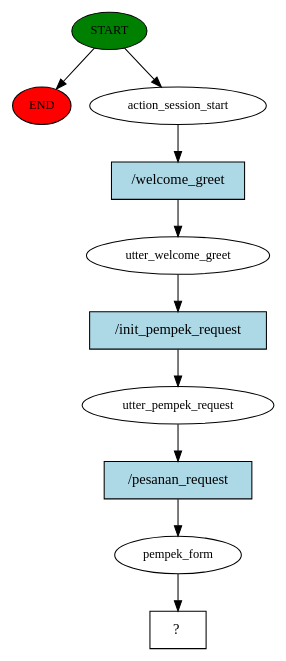
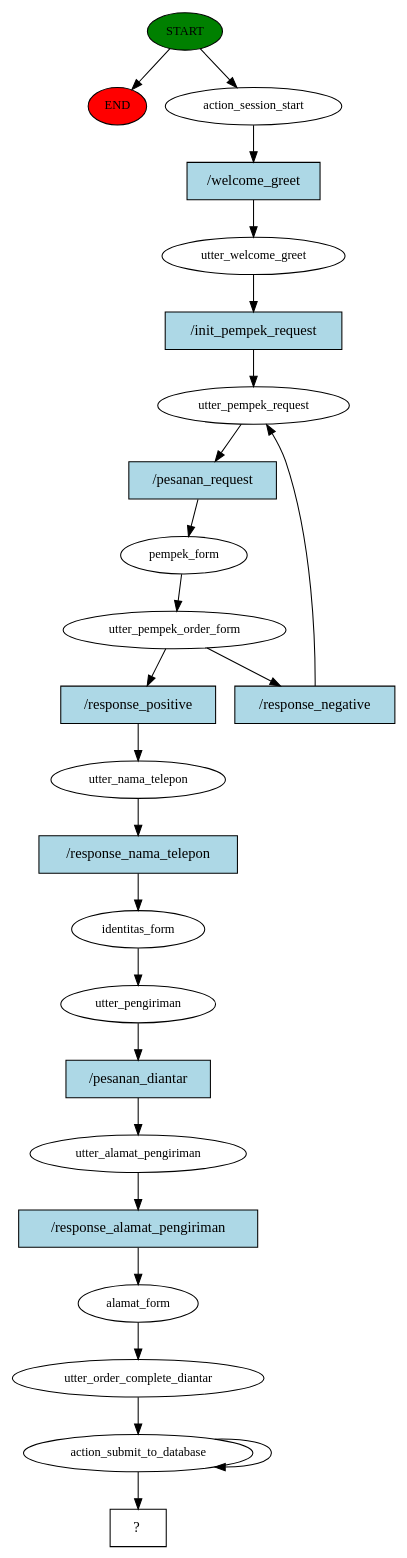
Before and after one commit to Four-Z/pempek-chatbot: the diagram in story_graph.dot, drawn with Graphviz. The commit also changed 323 other files, not shown here.

```diff
--- a/story_graph.dot
+++ b/story_graph.dot
@@ -1,21 +1,49 @@
 digraph  {
 0 [class="start active", fillcolor=green, fontsize=12, label=START, style=filled];
 "-1" [class=end, fillcolor=red, fontsize=12, label=END, style=filled];
 1 [class=active, fontsize=12, label=action_session_start];
 2 [class=active, fontsize=12, label=utter_welcome_greet];
 3 [class=active, fontsize=12, label=utter_pempek_request];
 4 [class=active, fontsize=12, label=pempek_form];
-5 [class="intent dashed active", label="  ?  ", shape=rect];
-6 [class="intent active", fillcolor=lightblue, label="/welcome_greet", shape=rect, style=filled];
-7 [class="intent active", fillcolor=lightblue, label="/init_pempek_request", shape=rect, style=filled];
-8 [class="intent active", fillcolor=lightblue, label="/pesanan_request", shape=rect, style=filled];
+5 [class=active, fontsize=12, label=utter_pempek_order_form];
+9 [class=active, fontsize=12, label=utter_nama_telepon];
+10 [class=active, fontsize=12, label=identitas_form];
+11 [class=active, fontsize=12, label=utter_pengiriman];
+12 [class=active, fontsize=12, label=utter_alamat_pengiriman];
+13 [class=active, fontsize=12, label=alamat_form];
+14 [class=active, fontsize=12, label=utter_order_complete_diantar];
+15 [class=active, fontsize=12, label=action_submit_to_database];
+17 [class="intent dashed active", label="  ?  ", shape=rect];
+18 [class="intent active", fillcolor=lightblue, label="/welcome_greet", shape=rect, style=filled];
+19 [class="intent active", fillcolor=lightblue, label="/init_pempek_request", shape=rect, style=filled];
+20 [class="intent active", fillcolor=lightblue, label="/pesanan_request", shape=rect, style=filled];
+21 [class="intent active", fillcolor=lightblue, label="/response_negative", shape=rect, style=filled];
+22 [class="intent active", fillcolor=lightblue, label="/response_positive", shape=rect, style=filled];
+23 [class="intent active", fillcolor=lightblue, label="/response_nama_telepon", shape=rect, style=filled];
+24 [class="intent active", fillcolor=lightblue, label="/pesanan_diantar", shape=rect, style=filled];
+25 [class="intent active", fillcolor=lightblue, label="/response_alamat_pengiriman", shape=rect, style=filled];
 0 -> "-1"  [class="", key=NONE, label=""];
 0 -> 1  [class=active, key=NONE, label=""];
-1 -> 6  [class=active, key=0];
-2 -> 7  [class=active, key=0];
-3 -> 8  [class=active, key=0];
+1 -> 18  [class=active, key=0];
+2 -> 19  [class=active, key=0];
+3 -> 20  [class=active, key=0];
 4 -> 5  [class=active, key=NONE, label=""];
-6 -> 2  [class=active, key=0];
-7 -> 3  [class=active, key=0];
-8 -> 4  [class=active, key=0];
+5 -> 21  [class=active, key=0];
+5 -> 22  [class=active, key=0];
+9 -> 23  [class=active, key=0];
+10 -> 11  [class=active, key=NONE, label=""];
+11 -> 24  [class=active, key=0];
+12 -> 25  [class=active, key=0];
+13 -> 14  [class=active, key=NONE, label=""];
+14 -> 15  [class=active, key=NONE, label=""];
+15 -> 17  [class=active, key=NONE, label=""];
+15 -> 15  [class=active, key=NONE, label=""];
+18 -> 2  [class=active, key=0];
+19 -> 3  [class=active, key=0];
+20 -> 4  [class=active, key=0];
+21 -> 3  [class=active, key=0];
+22 -> 9  [class=active, key=0];
+23 -> 10  [class=active, key=0];
+24 -> 12  [class=active, key=0];
+25 -> 13  [class=active, key=0];
 }
```
